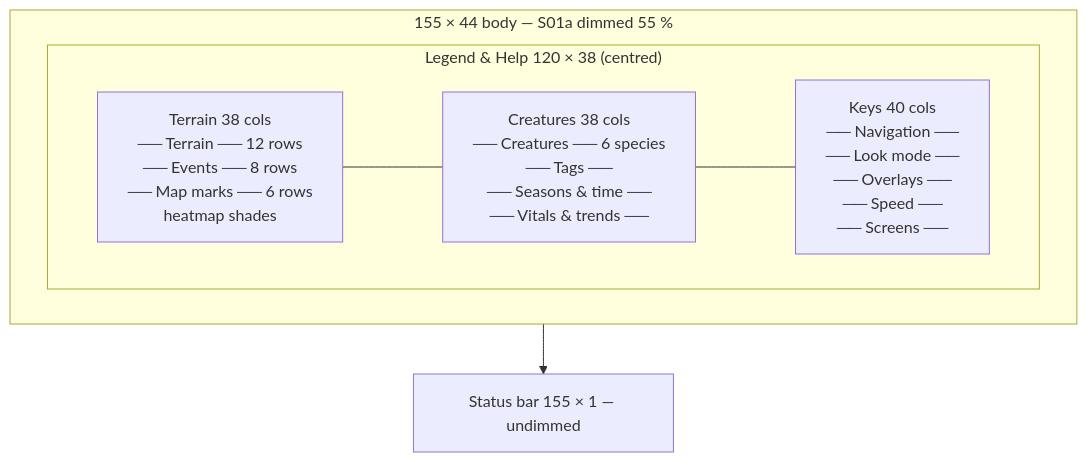
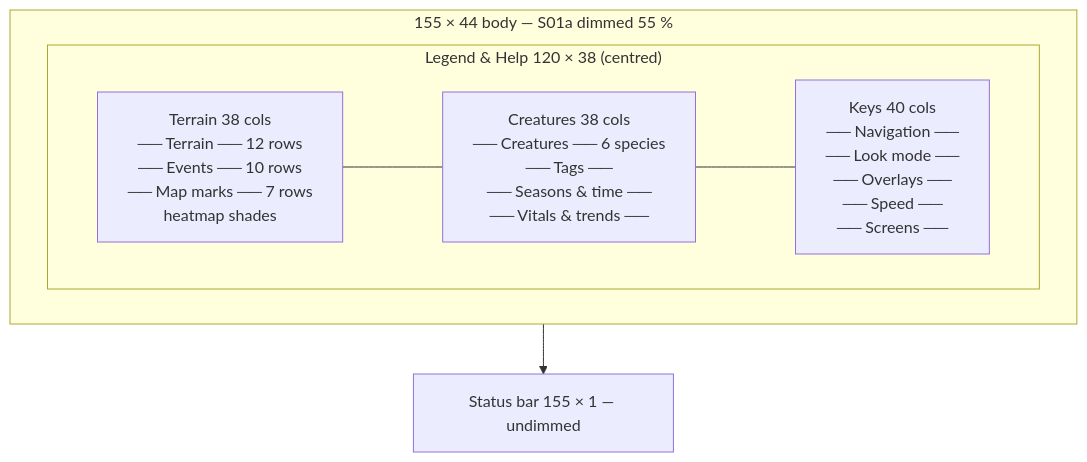
One commit to sbayer55/sim-fortress changed the diagram in docs/screens/s11-legend-help.md. Above: the diagram before and after it, drawn with Mermaid. The commit also changed other lines of this file and 49 other files, not shown here.

````diff
--- a/docs/screens/s11-legend-help.md
+++ b/docs/screens/s11-legend-help.md
@@ -35,14 +35,14 @@
 ```mermaid
 flowchart TB
     subgraph body["155 × 44 body — S01a dimmed 55 %"]
         subgraph modal["Legend & Help  120 × 38 (centred)"]
             direction LR
-            c1["Terrain 38 cols<br/>── Terrain ── 12 rows<br/>── Events ── 8 rows<br/>── Map marks ── 6 rows<br/>heatmap shades"]
+            c1["Terrain 38 cols<br/>── Terrain ── 12 rows<br/>── Events ── 10 rows<br/>── Map marks ── 7 rows<br/>heatmap shades"]
             c2["Creatures 38 cols<br/>── Creatures ── 6 species<br/>── Tags ──<br/>── Seasons & time ──<br/>── Vitals & trends ──"]
             c3["Keys 40 cols<br/>── Navigation ──<br/>── Look mode ──<br/>── Overlays ──<br/>── Speed ──<br/>── Screens ──"]
             c1 --- c2 --- c3
         end
     end
     status["Status bar 155 × 1 — undimmed"]
     body --> status
 ```
````
